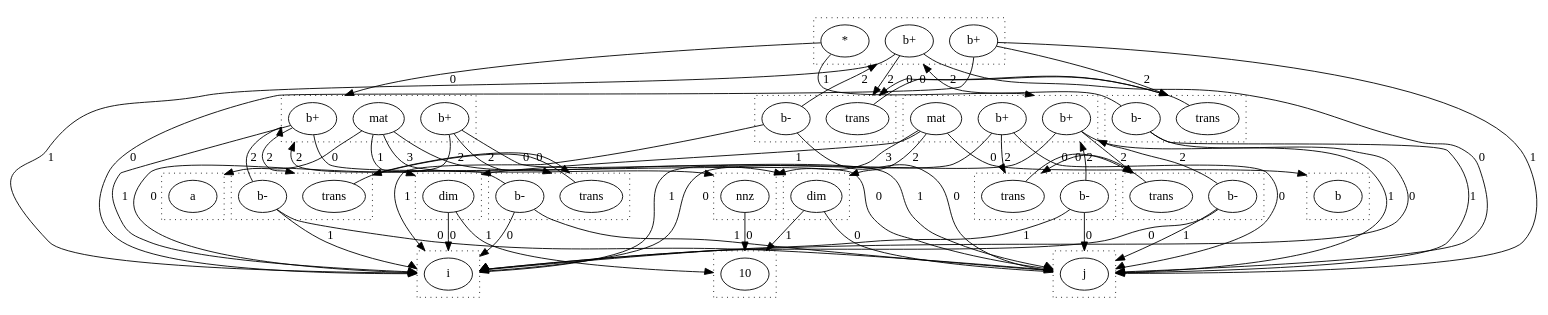
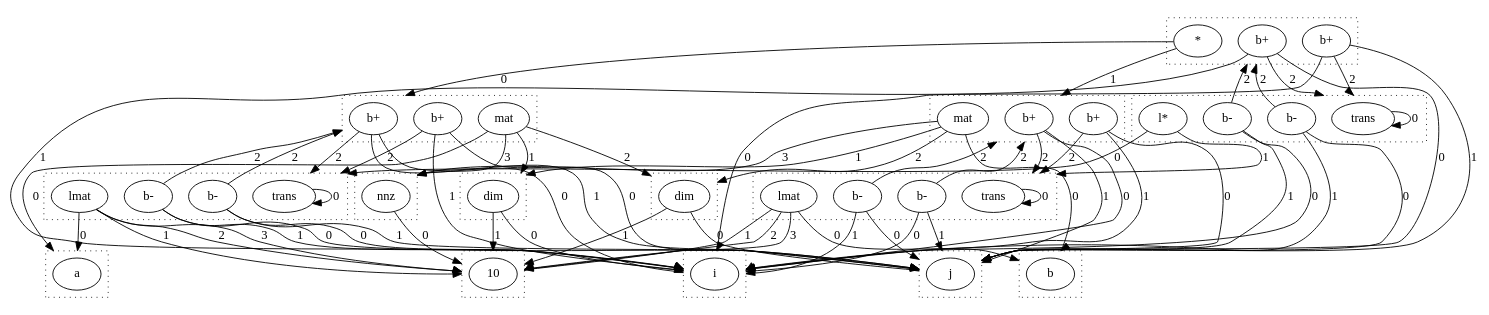
Before and after one commit to wormhole-optimization/warp: the diagram in dots/raunbind.dot, drawn with Graphviz. The commit also changed 12 other files, not shown here.

```diff
--- a/dots/raunbind.dot
+++ b/dots/raunbind.dot
@@ -1,140 +1,138 @@
 digraph {
   compound=true
   subgraph cluster_0 {
     style=dotted
     0.0[label = "i"]
   }
   subgraph cluster_1 {
     style=dotted
     1.0[label = "j"]
   }
   subgraph cluster_2 {
     style=dotted
     2.0[label = "a"]
   }
   subgraph cluster_3 {
     style=dotted
     3.0[label = "10"]
   }
   subgraph cluster_4 {
     style=dotted
     4.0[label = "dim"]
   }
   subgraph cluster_5 {
     style=dotted
     5.0[label = "dim"]
   }
   subgraph cluster_6 {
     style=dotted
     6.0[label = "nnz"]
   }
   subgraph cluster_7 {
     style=dotted
     7.0[label = "b+"]
     7.1[label = "mat"]
     7.2[label = "b+"]
   }
   subgraph cluster_8 {
     style=dotted
     8.0[label = "b"]
   }
   subgraph cluster_9 {
     style=dotted
     9.0[label = "b+"]
     9.1[label = "mat"]
     9.2[label = "b+"]
   }
   subgraph cluster_10 {
     style=dotted
     10.0[label = "b+"]
     10.1[label = "*"]
     10.2[label = "b+"]
   }
-  subgraph cluster_11 {
-    style=dotted
-    11.0[label = "trans"]
-    11.1[label = "b-"]
-  }
-  subgraph cluster_12 {
-    style=dotted
-    12.0[label = "trans"]
-    12.1[label = "b-"]
-  }
-  subgraph cluster_14 {
-    style=dotted
-    14.0[label = "trans"]
-    14.1[label = "b-"]
-  }
-  subgraph cluster_16 {
-    style=dotted
-    16.0[label = "trans"]
-    16.1[label = "b-"]
-  }
   subgraph cluster_18 {
     style=dotted
     18.0[label = "trans"]
     18.1[label = "b-"]
+    18.2[label = "b-"]
+    18.3[label = "lmat"]
   }
-  subgraph cluster_20 {
+  subgraph cluster_22 {
     style=dotted
-    20.0[label = "trans"]
-    20.1[label = "b-"]
+    22.0[label = "trans"]
+    22.1[label = "b-"]
+    22.2[label = "b-"]
+    22.3[label = "lmat"]
+  }
+  subgraph cluster_26 {
+    style=dotted
+    26.0[label = "trans"]
+    26.1[label = "b-"]
+    26.2[label = "b-"]
+    26.3[label = "l*"]
   }
   4.0 -> 0.0 [lhead = cluster_0, label = 0]
   4.0 -> 3.0 [lhead = cluster_3, label = 1]
   5.0 -> 1.0 [lhead = cluster_1, label = 0]
   5.0 -> 3.0 [lhead = cluster_3, label = 1]
   6.0 -> 3.0 [lhead = cluster_3, label = 0]
-  7.0 -> 1.0 [lhead = cluster_1, label = 0]
-  7.0 -> 0.0 [lhead = cluster_0, label = 1]
-  7.0 -> 12.0 [lhead = cluster_12, label = 2]
+  7.0 -> 0.0 [lhead = cluster_0, label = 0]
+  7.0 -> 1.0 [lhead = cluster_1, label = 1]
+  7.0 -> 18.0 [lhead = cluster_18, label = 2]
   7.1 -> 2.0 [lhead = cluster_2, label = 0]
   7.1 -> 4.0 [lhead = cluster_4, label = 1]
   7.1 -> 5.0 [lhead = cluster_5, label = 2]
   7.1 -> 6.0 [lhead = cluster_6, label = 3]
-  7.2 -> 0.0 [lhead = cluster_0, label = 0]
-  7.2 -> 1.0 [lhead = cluster_1, label = 1]
-  7.2 -> 14.0 [lhead = cluster_14, label = 2]
+  7.2 -> 1.0 [lhead = cluster_1, label = 0]
+  7.2 -> 0.0 [lhead = cluster_0, label = 1]
+  7.2 -> 18.0 [lhead = cluster_18, label = 2]
   9.0 -> 0.0 [lhead = cluster_0, label = 0]
   9.0 -> 1.0 [lhead = cluster_1, label = 1]
-  9.0 -> 16.0 [lhead = cluster_16, label = 2]
+  9.0 -> 22.0 [lhead = cluster_22, label = 2]
   9.1 -> 8.0 [lhead = cluster_8, label = 0]
   9.1 -> 4.0 [lhead = cluster_4, label = 1]
   9.1 -> 5.0 [lhead = cluster_5, label = 2]
   9.1 -> 6.0 [lhead = cluster_6, label = 3]
   9.2 -> 1.0 [lhead = cluster_1, label = 0]
   9.2 -> 0.0 [lhead = cluster_0, label = 1]
-  9.2 -> 18.0 [lhead = cluster_18, label = 2]
+  9.2 -> 22.0 [lhead = cluster_22, label = 2]
   10.0 -> 1.0 [lhead = cluster_1, label = 0]
   10.0 -> 0.0 [lhead = cluster_0, label = 1]
-  10.0 -> 20.0 [lhead = cluster_20, label = 2]
+  10.0 -> 26.0 [lhead = cluster_26, label = 2]
   10.1 -> 7.0 [lhead = cluster_7, label = 0]
   10.1 -> 9.0 [lhead = cluster_9, label = 1]
   10.2 -> 0.0 [lhead = cluster_0, label = 0]
   10.2 -> 1.0 [lhead = cluster_1, label = 1]
-  10.2 -> 11.0 [lhead = cluster_11, label = 2]
-  11.0 -> 20.0 [lhead = cluster_20, label = 0]
-  11.1 -> 0.0 [lhead = cluster_0, label = 0]
-  11.1 -> 1.0 [lhead = cluster_1, label = 1]
-  11.1 -> 10.0 [lhead = cluster_10, label = 2]
-  12.0 -> 14.0 [lhead = cluster_14, label = 0]
-  12.1 -> 1.0 [lhead = cluster_1, label = 0]
-  12.1 -> 0.0 [lhead = cluster_0, label = 1]
-  12.1 -> 7.0 [lhead = cluster_7, label = 2]
-  14.0 -> 12.0 [lhead = cluster_12, label = 0]
-  14.1 -> 0.0 [lhead = cluster_0, label = 0]
-  14.1 -> 1.0 [lhead = cluster_1, label = 1]
-  14.1 -> 7.0 [lhead = cluster_7, label = 2]
-  16.0 -> 18.0 [lhead = cluster_18, label = 0]
-  16.1 -> 0.0 [lhead = cluster_0, label = 0]
-  16.1 -> 1.0 [lhead = cluster_1, label = 1]
-  16.1 -> 9.0 [lhead = cluster_9, label = 2]
-  18.0 -> 16.0 [lhead = cluster_16, label = 0]
+  10.2 -> 26.0 [lhead = cluster_26, label = 2]
+  18.0 -> 18.0 [lhead = cluster_18, label = 0]
   18.1 -> 1.0 [lhead = cluster_1, label = 0]
   18.1 -> 0.0 [lhead = cluster_0, label = 1]
-  18.1 -> 9.0 [lhead = cluster_9, label = 2]
-  20.0 -> 11.0 [lhead = cluster_11, label = 0]
-  20.1 -> 1.0 [lhead = cluster_1, label = 0]
-  20.1 -> 0.0 [lhead = cluster_0, label = 1]
-  20.1 -> 10.0 [lhead = cluster_10, label = 2]
+  18.1 -> 7.0 [lhead = cluster_7, label = 2]
+  18.2 -> 0.0 [lhead = cluster_0, label = 0]
+  18.2 -> 1.0 [lhead = cluster_1, label = 1]
+  18.2 -> 7.0 [lhead = cluster_7, label = 2]
+  18.3 -> 2.0 [lhead = cluster_2, label = 0]
+  18.3 -> 3.0 [lhead = cluster_3, label = 1]
+  18.3 -> 3.0 [lhead = cluster_3, label = 2]
+  18.3 -> 3.0 [lhead = cluster_3, label = 3]
+  22.0 -> 22.0 [lhead = cluster_22, label = 0]
+  22.1 -> 0.0 [lhead = cluster_0, label = 0]
+  22.1 -> 1.0 [lhead = cluster_1, label = 1]
+  22.1 -> 9.0 [lhead = cluster_9, label = 2]
+  22.2 -> 1.0 [lhead = cluster_1, label = 0]
+  22.2 -> 0.0 [lhead = cluster_0, label = 1]
+  22.2 -> 9.0 [lhead = cluster_9, label = 2]
+  22.3 -> 8.0 [lhead = cluster_8, label = 0]
+  22.3 -> 3.0 [lhead = cluster_3, label = 1]
+  22.3 -> 3.0 [lhead = cluster_3, label = 2]
+  22.3 -> 3.0 [lhead = cluster_3, label = 3]
+  26.0 -> 26.0 [lhead = cluster_26, label = 0]
+  26.1 -> 0.0 [lhead = cluster_0, label = 0]
+  26.1 -> 1.0 [lhead = cluster_1, label = 1]
+  26.1 -> 10.0 [lhead = cluster_10, label = 2]
+  26.2 -> 1.0 [lhead = cluster_1, label = 0]
+  26.2 -> 0.0 [lhead = cluster_0, label = 1]
+  26.2 -> 10.0 [lhead = cluster_10, label = 2]
+  26.3 -> 18.0 [lhead = cluster_18, label = 0]
+  26.3 -> 22.0 [lhead = cluster_22, label = 1]
 }
```
